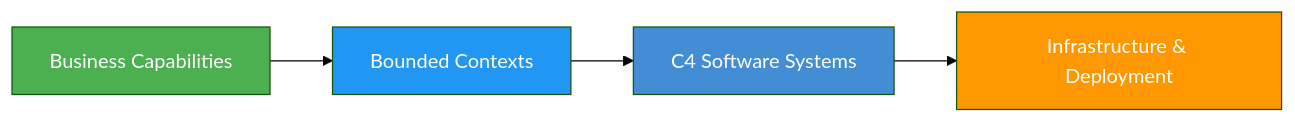
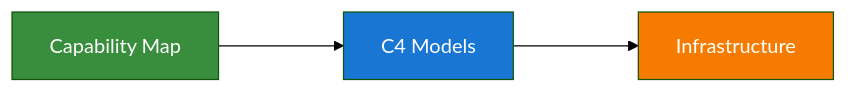
Before and after one commit to Vinedine/structurizr-mkdocs-generatr: the diagram in example/workspace/pages/00-main.md, drawn with Mermaid (forest theme). The commit also changed other lines of this file and 14 other files, not shown here.

````diff
--- a/example/workspace/pages/00-main.md
+++ b/example/workspace/pages/00-main.md
@@ -9,11 +15,8 @@
 ```mermaid
 flowchart LR
-    A["Business Capabilities"] --> B["Bounded Contexts"]
-    B --> C["C4 Software Systems"]
-    C --> D["Infrastructure & Deployment"]
+    A["Capability Map"] --->|" "| B["C4 Models"] --->|" "| C["Infrastructure"]
 
-    style A fill:#4CAF50,color:#fff
-    style B fill:#2196F3,color:#fff
-    style C fill:#438DD5,color:#fff
-    style D fill:#FF9800,color:#fff
+    style A fill:#388E3C,color:#fff
+    style B fill:#1976D2,color:#fff
+    style C fill:#F57C00,color:#fff
 ```
````
